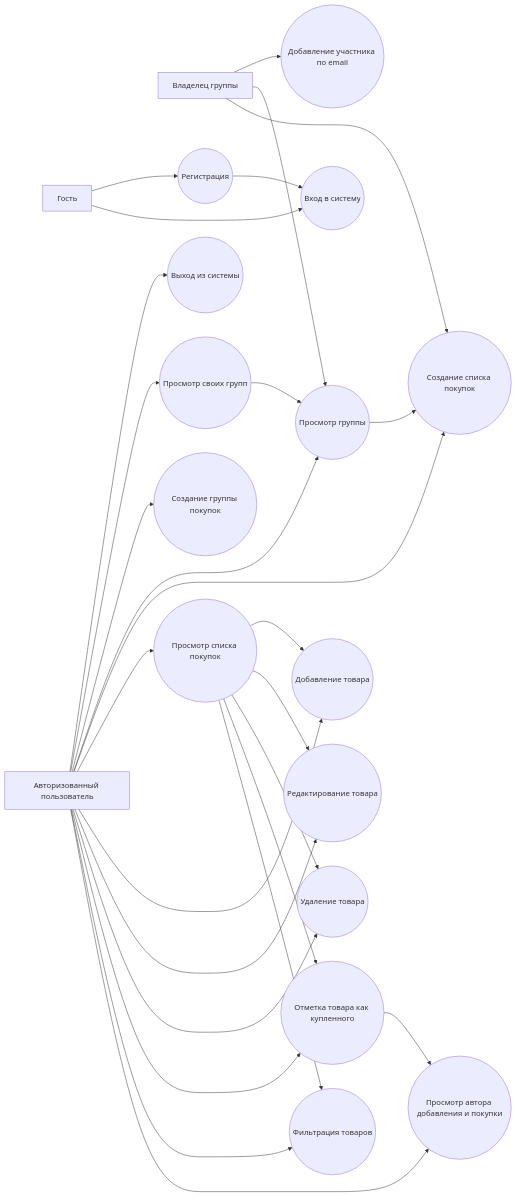
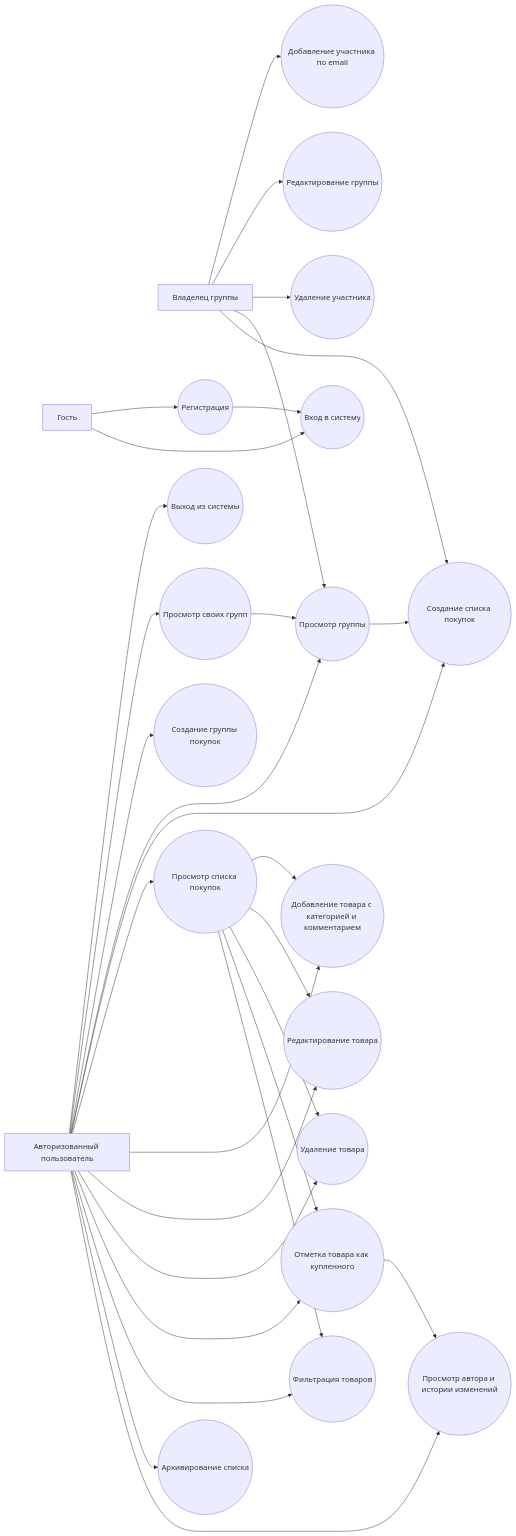
One commit to blessed0tears/shopping-list-diploma changed the diagram in Documentation/use-case-diagram.md. Above: the diagram before and after it, drawn with Mermaid. The commit also changed 28 other files, not shown here.

````diff
--- a/Documentation/use-case-diagram.md
+++ b/Documentation/use-case-diagram.md
@@ -7,52 +7,55 @@
 ```mermaid
 flowchart LR
     Guest[Гость]
     User[Авторизованный пользователь]
     Owner[Владелец группы]
 
     Register((Регистрация))
     Login((Вход в систему))
     Logout((Выход из системы))
     ViewGroups((Просмотр своих групп))
     CreateGroup((Создание группы покупок))
     AddMember((Добавление участника по email))
     ViewGroup((Просмотр группы))
     CreateList((Создание списка покупок))
     ViewList((Просмотр списка покупок))
-    AddItem((Добавление товара))
+    AddItem((Добавление товара с категорией и комментарием))
     EditItem((Редактирование товара))
     DeleteItem((Удаление товара))
     TogglePurchased((Отметка товара как купленного))
     FilterItems((Фильтрация товаров))
-    ViewAudit((Просмотр автора добавления и покупки))
+    ViewAudit((Просмотр автора и истории изменений))
 
     Guest --> Register
     Guest --> Login
 
     User --> Logout
     User --> ViewGroups
     User --> CreateGroup
     User --> ViewGroup
     User --> CreateList
     User --> ViewList
     User --> AddItem
     User --> EditItem
     User --> DeleteItem
     User --> TogglePurchased
     User --> FilterItems
+    User --> ArchiveList((Архивирование списка))
     User --> ViewAudit
 
     Owner --> AddMember
+    Owner --> EditGroup((Редактирование группы))
+    Owner --> RemoveMember((Удаление участника))
     Owner --> ViewGroup
     Owner --> CreateList
 
     Register --> Login
     ViewGroups --> ViewGroup
     ViewGroup --> CreateList
     ViewList --> AddItem
     ViewList --> EditItem
     ViewList --> DeleteItem
     ViewList --> TogglePurchased
     ViewList --> FilterItems
     TogglePurchased --> ViewAudit
 ```
````
